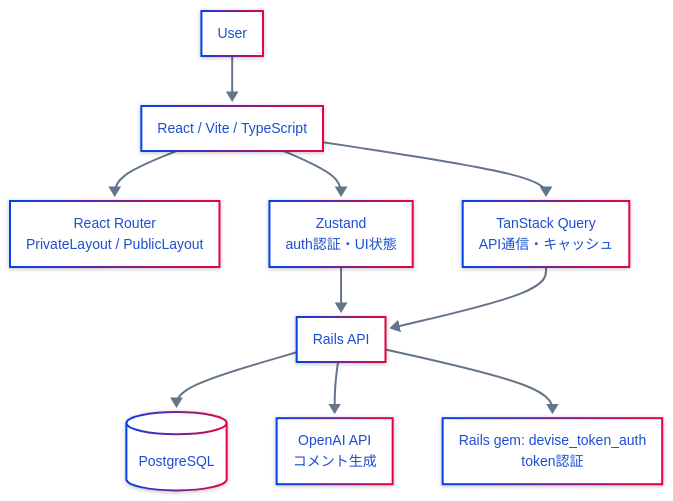
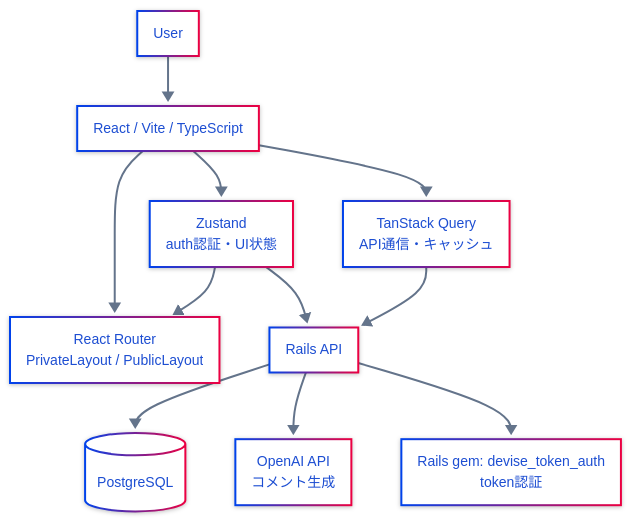
One commit to yuji-2293/ColorMirror_Re changed the first of 2 diagrams in README.md. Above: the diagram before and after it, drawn with Mermaid. The commit also changed 1 other file, not shown here.

````diff
--- a/README.md
+++ b/README.md
@@ -65,43 +65,45 @@
 ```mermaid
 ---
 config:
 
   theme: neo
 
   look: neo
 
   layout: fixed
 
   themeVariables:
 
     primaryColor: "#2563eb"
 
     primaryTextColor: "#1d4ed2"
 
     primaryBorderColor: "#1d4ed8"
 
     lineColor: "#64748b"
 
     secondaryColor: "#f8fafc"
 
     tertiaryColor: "#e2e8f0"
 
     fontFamily: "Inter"   
 ---
 flowchart TB
     User["User"] --> React["React / Vite / TypeScript"]
 
     React --> Router["React Router<br> PrivateLayout / PublicLayout"]
     React --> Zustand["Zustand<br>auth認証・UI状態"]
     React --> Query["TanStack Query<br>API通信・キャッシュ"]
     
     Rails["Rails API"]
+    Zustand --> Router
+
 
     Zustand --> Rails["Rails API"]
     Query --> Rails["Rails API"]
     
     Rails --> DB[("PostgreSQL")]
     Rails --> AI["OpenAI API<br>コメント生成"] 
     Rails --> Auth["Rails gem: devise_token_auth <br> token認証"]
     
 ```
````
